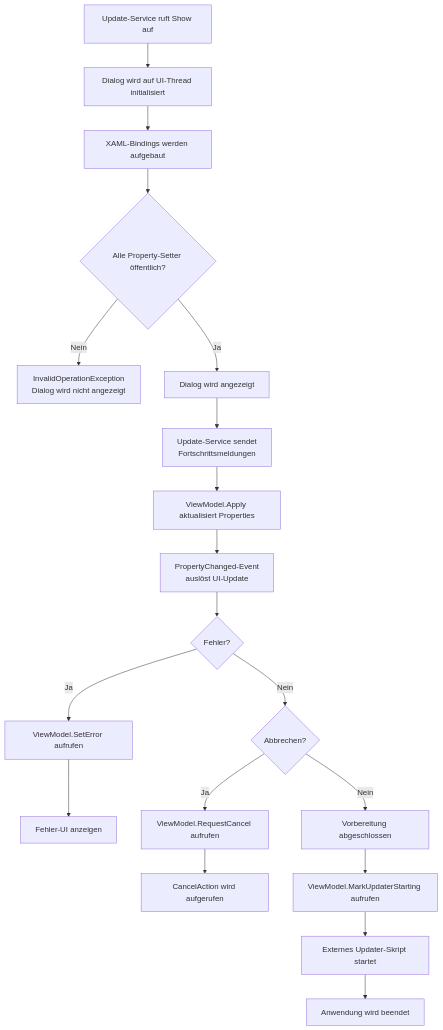
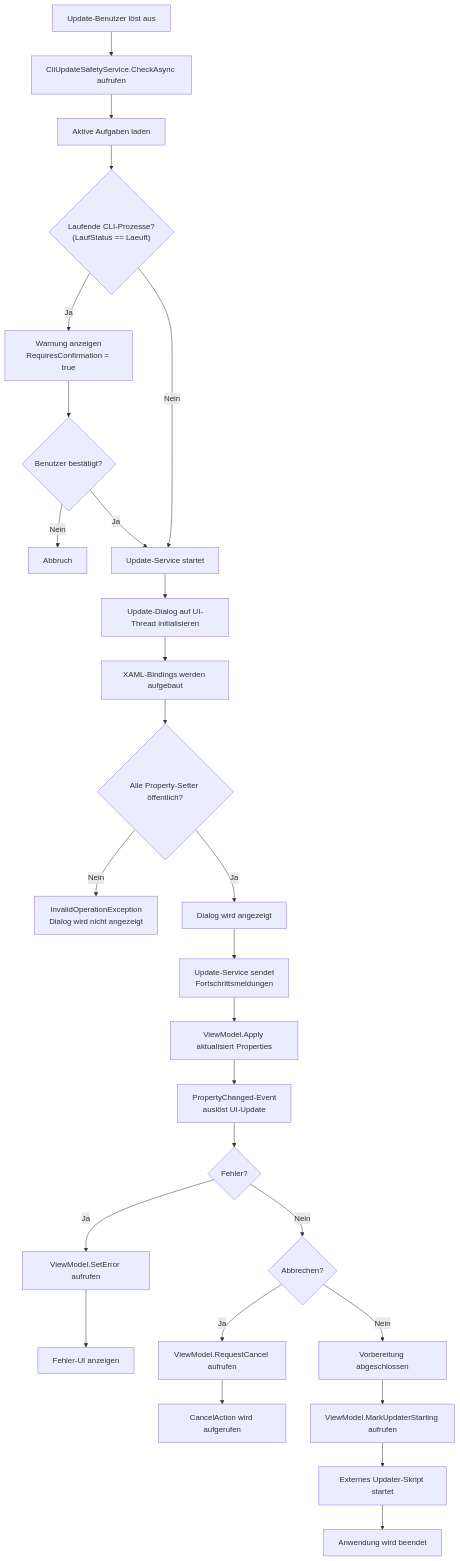
Before and after one commit to martin-stromberg/Softwareschmiede: the diagram in docs/help/programmupdate/ablauf-technisch.md, drawn with Mermaid. The commit also changed other lines of this file and 12 other files, not shown here.

First line of the commit message:
feat: Programmupdate-Sicherheitspruefung blockiert nicht mehr faelschlich bei Status Bereit

````diff
--- a/docs/help/programmupdate/ablauf-technisch.md
+++ b/docs/help/programmupdate/ablauf-technisch.md
@@ -45,21 +64,29 @@
 ```mermaid
 flowchart TD
-    A["Update-Service ruft Show auf"] --> B["Dialog wird auf UI-Thread initialisiert"]
-    B --> C["XAML-Bindings werden aufgebaut"]
-    C --> D{"Alle Property-Setter öffentlich?"}
-    D -- Nein --> E["InvalidOperationException<br/>Dialog wird nicht angezeigt"]
-    D -- Ja --> F["Dialog wird angezeigt"]
-    F --> G["Update-Service sendet<br/>Fortschrittsmeldungen"]
-    G --> H["ViewModel.Apply aktualisiert Properties"]
-    H --> I["PropertyChanged-Event<br/>auslöst UI-Update"]
-    I --> J{"Fehler?"}
-    J -- Ja --> K["ViewModel.SetError aufrufen"]
-    K --> L["Fehler-UI anzeigen"]
-    J -- Nein --> M{"Abbrechen?"}
-    M -- Ja --> N["ViewModel.RequestCancel aufrufen"]
-    N --> O["CancelAction wird aufgerufen"]
-    M -- Nein --> P["Vorbereitung abgeschlossen"]
-    P --> Q["ViewModel.MarkUpdaterStarting aufrufen"]
-    Q --> R["Externes Updater-Skript startet"]
-    R --> S["Anwendung wird beendet"]
+    A["Update-Benutzer löst aus"] --> B["CliUpdateSafetyService.CheckAsync aufrufen"]
+    B --> C["Aktive Aufgaben laden"]
+    C --> D{"Laufende CLI-Prozesse?<br/>(LaufStatus == Laeuft)"}
+    D -- Ja --> E["Warnung anzeigen<br/>RequiresConfirmation = true"]
+    E --> F{"Benutzer bestätigt?"}
+    F -- Nein --> G["Abbruch"]
+    D -- Nein --> H["Update-Service startet"]
+    F -- Ja --> H
+    H --> I["Update-Dialog auf UI-Thread initialisieren"]
+    I --> J["XAML-Bindings werden aufgebaut"]
+    J --> K{"Alle Property-Setter öffentlich?"}
+    K -- Nein --> L["InvalidOperationException<br/>Dialog wird nicht angezeigt"]
+    K -- Ja --> M["Dialog wird angezeigt"]
+    M --> N["Update-Service sendet<br/>Fortschrittsmeldungen"]
+    N --> O["ViewModel.Apply aktualisiert Properties"]
+    O --> P["PropertyChanged-Event<br/>auslöst UI-Update"]
+    P --> Q{"Fehler?"}
+    Q -- Ja --> R["ViewModel.SetError aufrufen"]
+    R --> S["Fehler-UI anzeigen"]
+    Q -- Nein --> T{"Abbrechen?"}
+    T -- Ja --> U["ViewModel.RequestCancel aufrufen"]
+    U --> V["CancelAction wird aufgerufen"]
+    T -- Nein --> W["Vorbereitung abgeschlossen"]
+    W --> X["ViewModel.MarkUpdaterStarting aufrufen"]
+    X --> Y["Externes Updater-Skript startet"]
+    Y --> Z["Anwendung wird beendet"]
 ```
````
